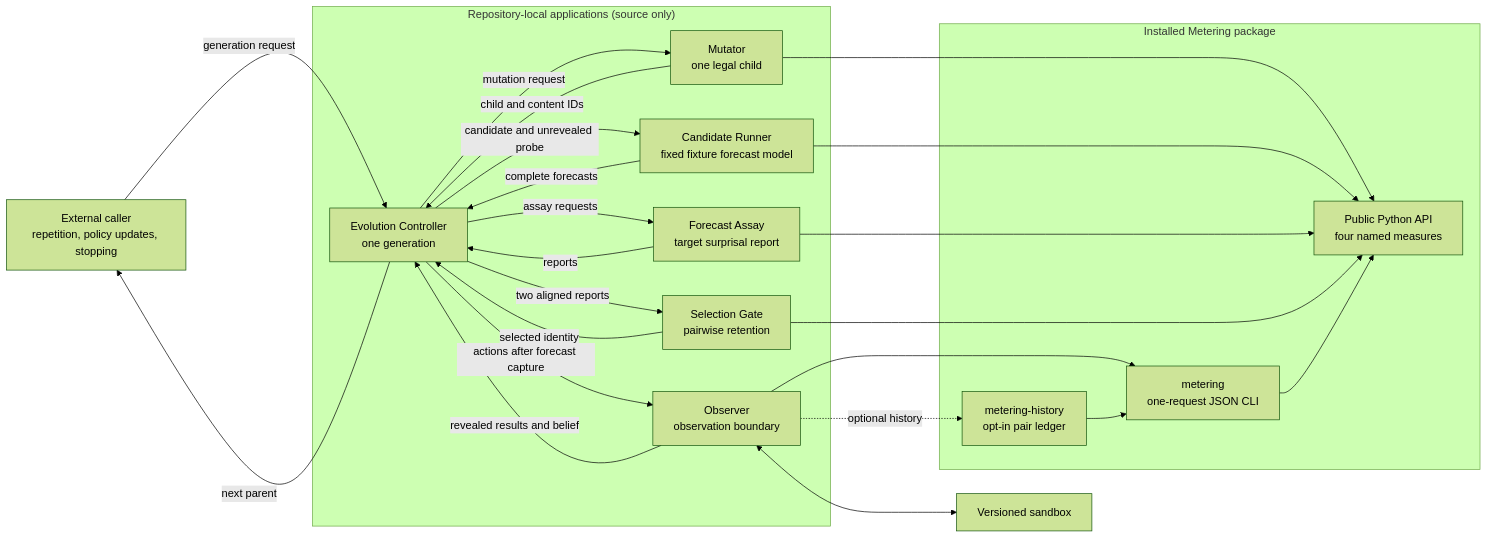
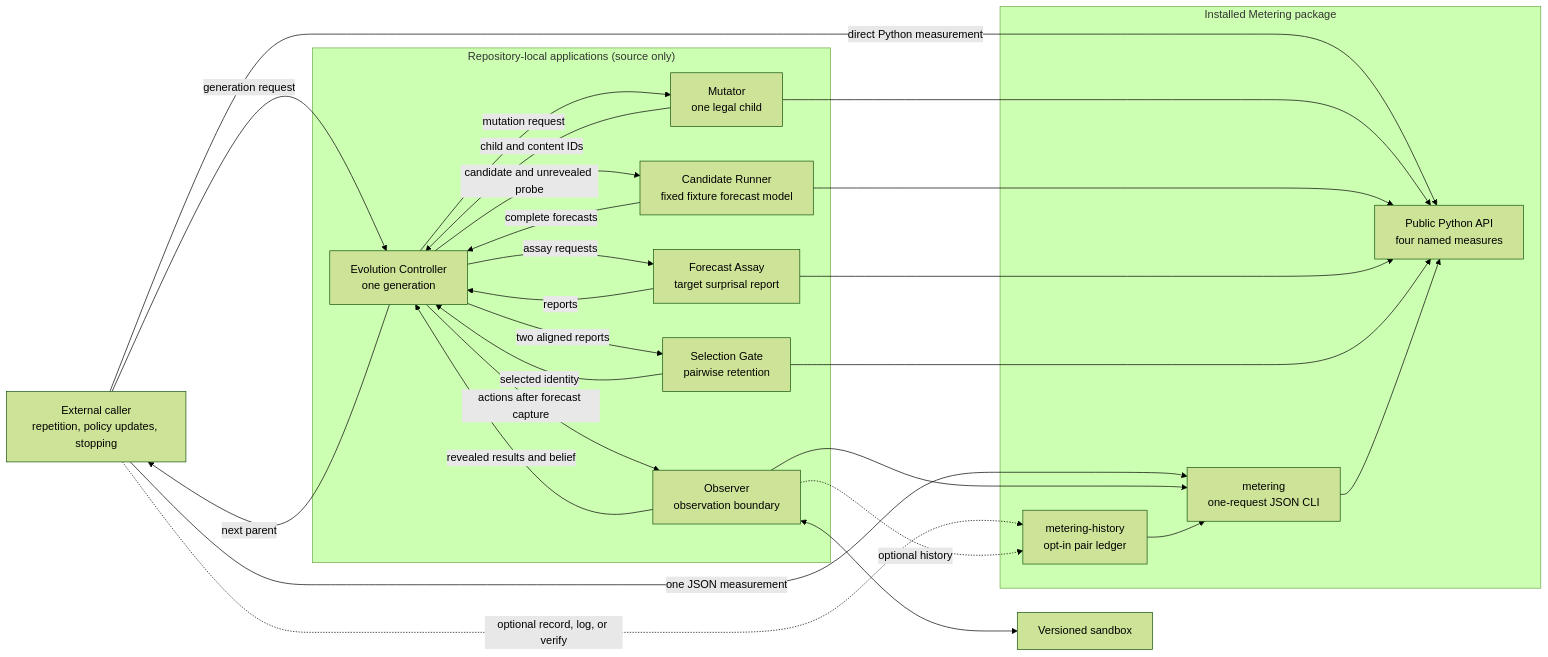
Before and after one commit to muchmirul/metering: the diagram in README.md, drawn with Mermaid (forest theme). The commit also changed other lines of this file and 19 other files, not shown here.

````diff
--- a/README.md
+++ b/README.md
@@ -25,43 +28,46 @@
 ```mermaid
 flowchart LR
     Caller["External caller<br/>repetition, policy updates, stopping"]
     Sandbox["Versioned sandbox"]
 
     subgraph Applications["Repository-local applications (source only)"]
         Controller["Evolution Controller<br/>one generation"]
         Observer["Observer<br/>observation boundary"]
         Mutator["Mutator<br/>one legal child"]
         Runner["Candidate Runner<br/>fixed fixture forecast model"]
         Assay["Forecast Assay<br/>target surprisal report"]
         Gate["Selection Gate<br/>pairwise retention"]
     end
 
     subgraph Package["Installed Metering package"]
         API["Public Python API<br/>four named measures"]
         CLI["metering<br/>one-request JSON CLI"]
         History["metering-history<br/>opt-in pair ledger"]
     end
 
     Caller -->|generation request| Controller
+    Caller -->|direct Python measurement| API
+    Caller -->|one JSON measurement| CLI
+    Caller -. optional record, log, or verify .-> History
     Controller -->|mutation request| Mutator
     Mutator -->|child and content IDs| Controller
     Controller -->|candidate and unrevealed probe| Runner
     Runner -->|complete forecasts| Controller
     Controller -->|actions after forecast capture| Observer
     Observer -->|revealed results and belief| Controller
     Observer <--> Sandbox
     Controller -->|assay requests| Assay
     Assay -->|reports| Controller
     Controller -->|two aligned reports| Gate
     Gate -->|selected identity| Controller
     Controller -->|next parent| Caller
 
     Observer --> CLI
     Observer -. optional history .-> History
     Mutator --> API
     Runner --> API
     Assay --> API
     Gate --> API
     CLI --> API
     History --> CLI
 ```
````
